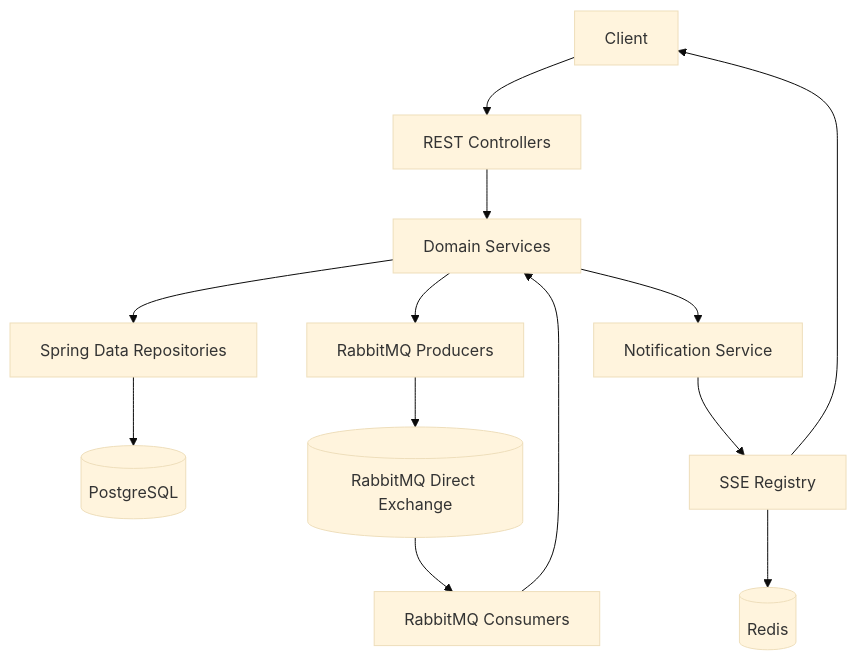
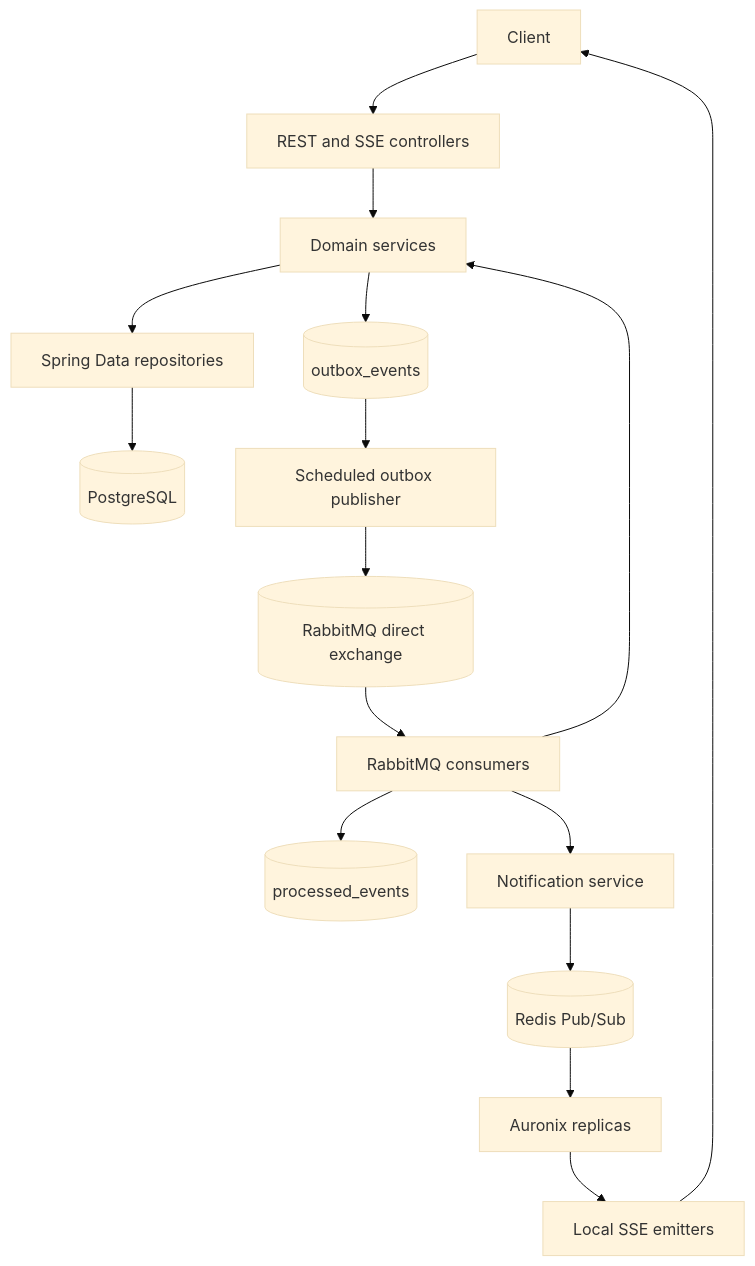
The first of 3 diagrams in docs/en/architecture/README.md (Joaopdiasventura/Auronix-server), drawn with Mermaid (base theme) before and after one commit. The commit also changed other lines of this file and 23 other files, not shown here.

Commit message:
docs: update documentation to enhance project description and architecture details

````diff
--- a/docs/en/architecture/README.md
+++ b/docs/en/architecture/README.md
@@ -7,15 +7,18 @@
 ```mermaid
 flowchart TD
-    Client[Client] --> Controllers[REST Controllers]
-    Controllers --> Services[Domain Services]
-    Services --> Repositories[Spring Data Repositories]
+    Client[Client] --> Controllers[REST and SSE controllers]
+    Controllers --> Services[Domain services]
+    Services --> Repositories[Spring Data repositories]
     Repositories --> Postgres[(PostgreSQL)]
-    Services --> Producers[RabbitMQ Producers]
-    Producers --> Rabbit[(RabbitMQ Direct Exchange)]
-    Rabbit --> Consumers[RabbitMQ Consumers]
+    Services --> Outbox[(outbox_events)]
+    Outbox --> Publisher[Scheduled outbox publisher]
+    Publisher --> Rabbit[(RabbitMQ direct exchange)]
+    Rabbit --> Consumers[RabbitMQ consumers]
+    Consumers --> Idempotency[(processed_events)]
     Consumers --> Services
-    Services --> Notifications[Notification Service]
-    Notifications --> SSE[SSE Registry]
-    SSE --> Redis[(Redis)]
+    Consumers --> Notifications[Notification service]
+    Notifications --> Redis[(Redis Pub/Sub)]
+    Redis --> Replicas[Auronix replicas]
+    Replicas --> SSE[Local SSE emitters]
     SSE --> Client
 ```
````
